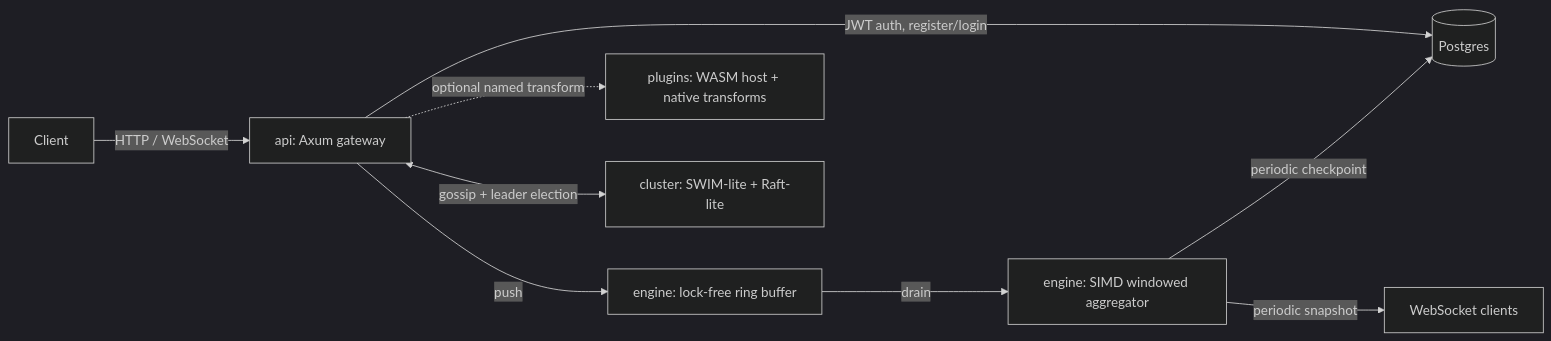
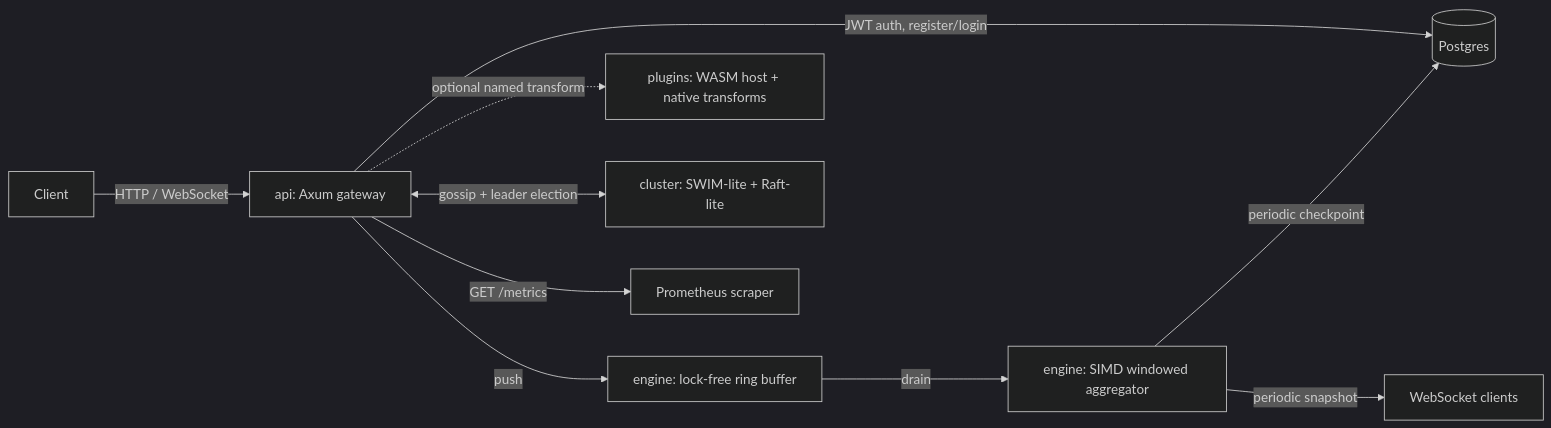
The diagram in README.md (MuaazTasawar/vortex), drawn with Mermaid (dark theme) before and after one commit. The commit also changed other lines of this file and 8 other files, not shown here.

Commit message:
Add /metrics endpoint (hand-rolled Prometheus exposition): ring buffer depth, election term/leader, gossip member counts, ingest/checkpoint/eviction counters. RingBuffer::len()/is_empty() and Election::term() getters. Full-stack test asserts real metric values, not just 200 OK. README updated.

````diff
--- a/README.md
+++ b/README.md
@@ -54,11 +55,12 @@
 ```mermaid
 flowchart LR
     Client -->|HTTP / WebSocket| API[api: Axum gateway]
     API -->|JWT auth, register/login| PG[(Postgres)]
     API -->|push| RB[engine: lock-free ring buffer]
     RB -->|drain| AGG[engine: SIMD windowed aggregator]
     AGG -->|periodic checkpoint| PG
     AGG -->|periodic snapshot| WSOUT[WebSocket clients]
     API -.->|optional named transform| PLUGINS[plugins: WASM host + native transforms]
     API <-->|gossip + leader election| CLUSTER[cluster: SWIM-lite + Raft-lite]
+    API -->|GET /metrics| PROM[Prometheus scraper]
 ```
````
